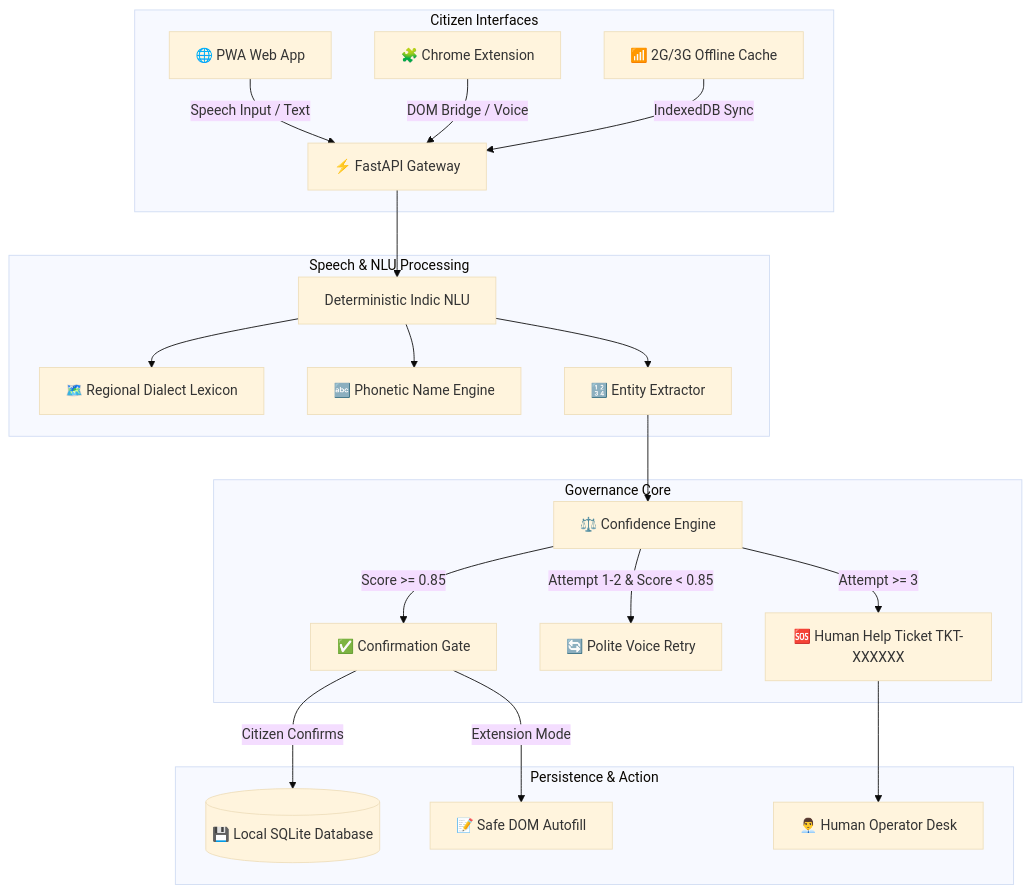
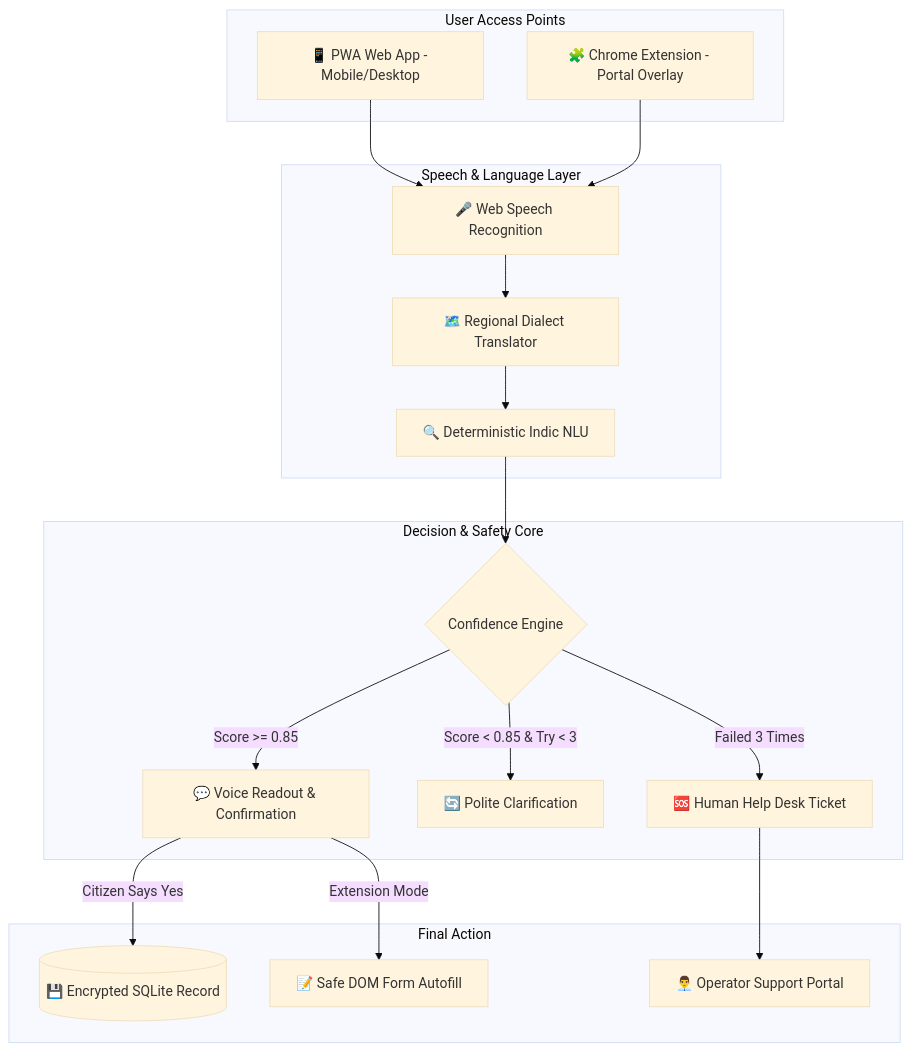
One commit to Vivek-2004V/SevaVaani changed the diagram in README.md. Above: the diagram before and after it, drawn with Mermaid (base theme). The commit also changed other lines of this file, not shown here.

Commit message:
docs: revamp README.md with clean human-written tone and comprehensive guide

````diff
--- a/README.md
+++ b/README.md
@@ -123,28 +129,26 @@
 ```mermaid
 graph TD
-    subgraph Citizen Interfaces
-        A1[🌐 PWA Web App] -->|Speech Input / Text| GW[⚡ FastAPI Gateway]
-        A2[🧩 Chrome Extension] -->|DOM Bridge / Voice| GW
-        A3[📶 2G/3G Offline Cache] -->|IndexedDB Sync| GW
+    subgraph User Access Points
+        A[📱 PWA Web App - Mobile/Desktop]
+        B[🧩 Chrome Extension - Portal Overlay]
     end
 
-    subgraph Speech & NLU Processing
-        GW --> NLU[Deterministic Indic NLU]
-        NLU --> LEX[🗺️ Regional Dialect Lexicon]
-        NLU --> PHON[🔤 Phonetic Name Engine]
-        NLU --> EXT[🔢 Entity Extractor]
+    subgraph Speech & Language Layer
+        A & B --> C[🎤 Web Speech Recognition]
+        C --> D[🗺️ Regional Dialect Translator]
+        D --> E[🔍 Deterministic Indic NLU]
     end
 
-    subgraph Governance Core
-        EXT --> CONF[⚖️ Confidence Engine]
-        CONF -->|Score >= 0.85| GATE[✅ Confirmation Gate]
-        CONF -->|Attempt 1-2 & Score < 0.85| RETRY[🔄 Polite Voice Retry]
-        CONF -->|Attempt >= 3| TICKET[🆘 Human Help Ticket TKT-XXXXXX]
+    subgraph Decision & Safety Core
+        E --> F{Confidence Engine}
+        F -->|Score >= 0.85| G[💬 Voice Readout & Confirmation]
+        F -->|Score < 0.85 & Try < 3| H[🔄 Polite Clarification]
+        F -->|Failed 3 Times| I[🆘 Human Help Desk Ticket]
     end
 
-    subgraph Persistence & Action
-        GATE -->|Citizen Confirms| DB[(💾 Local SQLite Database)]
-        GATE -->|Extension Mode| DOM[📝 Safe DOM Autofill]
-        TICKET --> OPERATOR[👨‍💼 Human Operator Desk]
+    subgraph Final Action
+        G -->|Citizen Says Yes| J[(💾 Encrypted SQLite Record)]
+        G -->|Extension Mode| K[📝 Safe DOM Form Autofill]
+        I --> L[👨‍💼 Operator Support Portal]
     end
 ```
````
